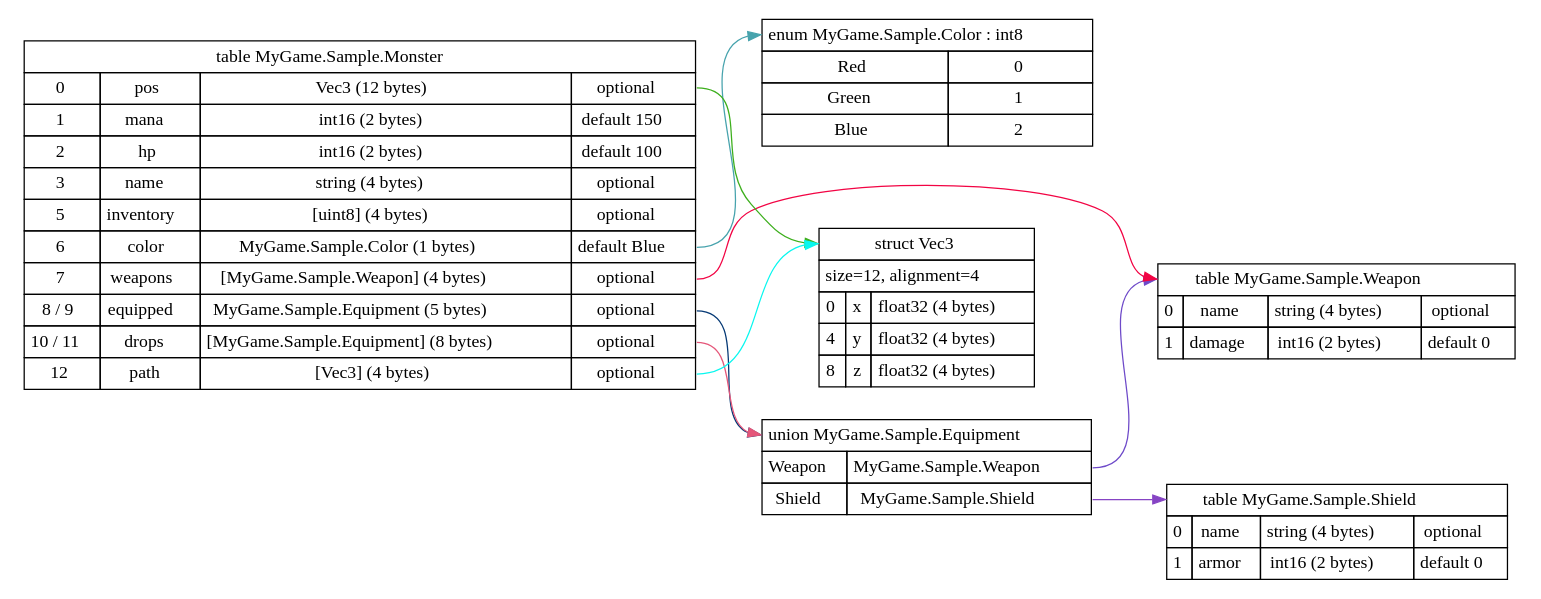
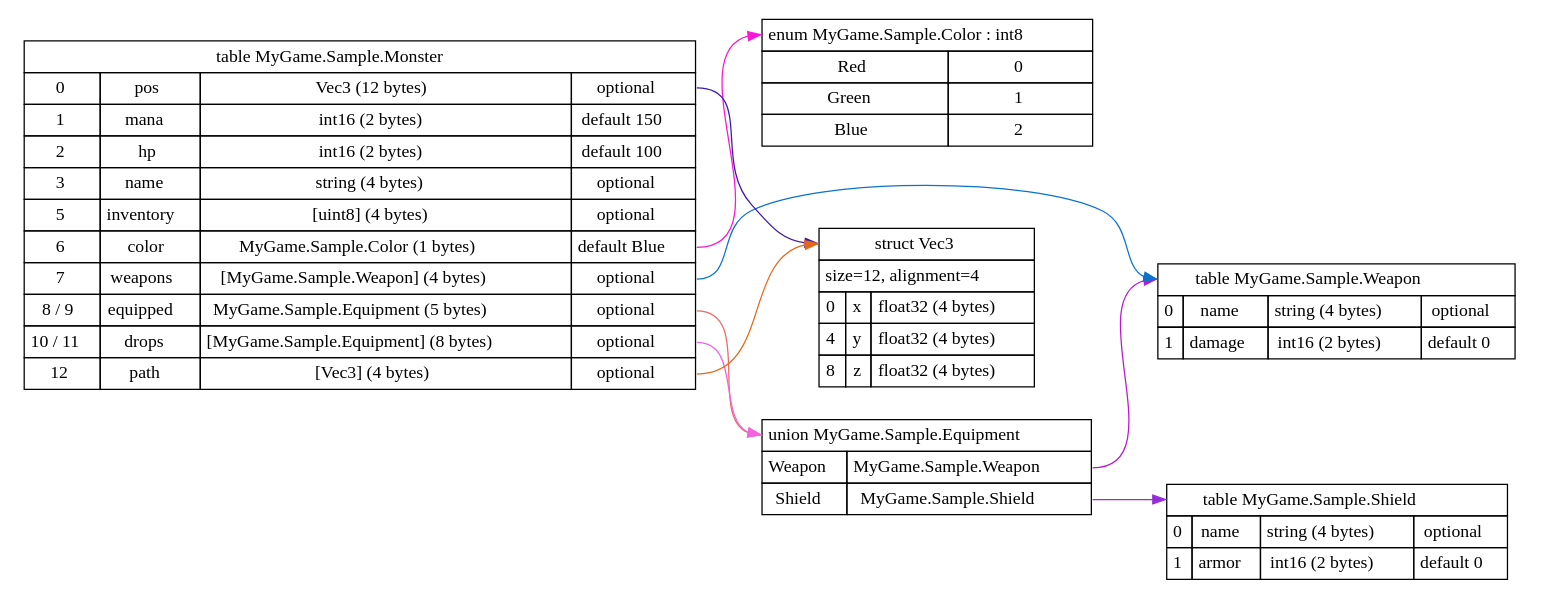
Before and after one commit to planus-org/planus: the diagram in examples/rust/monster.dot, drawn with Graphviz. The commit also changed 4 other files, not shown here.

```diff
--- a/examples/rust/monster.dot
+++ b/examples/rust/monster.dot
@@ -1,180 +1,180 @@
 digraph G
 {
   node[ shape = none ];
   rankdir=LR;
 
   decl0[ label=<
     <TABLE BORDER="0" CELLBORDER="1" CELLSPACING="0" CELLPADDING="4">
       <TR>
         <TD colspan="2" PORT="name">enum MyGame.Sample.Color : int8</TD>
       </TR>
       <TR>
         <TD>Red</TD>
         <TD>0</TD>
       </TR>
       <TR>
         <TD>Green</TD>
         <TD>1</TD>
       </TR>
       <TR>
         <TD>Blue</TD>
         <TD>2</TD>
       </TR>
     </TABLE>>
   ];
 
   decl1[ label=<
     <TABLE BORDER="0" CELLBORDER="1" CELLSPACING="0" CELLPADDING="4">
       <TR>
         <TD colspan="3" PORT="name">union MyGame.Sample.Equipment</TD>
       </TR>
       <TR>
         <TD>Weapon</TD>
         <TD PORT="p0">MyGame.Sample.Weapon</TD>
       </TR>
       <TR>
         <TD>Shield</TD>
         <TD PORT="p1">MyGame.Sample.Shield</TD>
       </TR>
     </TABLE>>
   ];
-  decl1:p0:e -> decl4:name [color = "#6e4ac9"];
-  decl1:p1:e -> decl5:name [color = "#8644c4"];
+  decl1:p0:e -> decl4:name [color = "#b819d1"];
+  decl1:p1:e -> decl5:name [color = "#942dd8"];
 
   decl2[ label=<
     <TABLE BORDER="0" CELLBORDER="1" CELLSPACING="0" CELLPADDING="4">
       <TR>
         <TD colspan="3" PORT="name">struct Vec3</TD>
       </TR>
       <TR>
         <TD colspan="3">size=12, alignment=4</TD>
       </TR>
       <TR>
         <TD>0</TD>
         <TD>x</TD>
         <TD PORT="p0">float32 (4 bytes)</TD>
       </TR>
       <TR>
         <TD>4</TD>
         <TD>y</TD>
         <TD PORT="p1">float32 (4 bytes)</TD>
       </TR>
       <TR>
         <TD>8</TD>
         <TD>z</TD>
         <TD PORT="p2">float32 (4 bytes)</TD>
       </TR>
     </TABLE>>
   ];
 
   decl3[ label=<
     <TABLE BORDER="0" CELLBORDER="1" CELLSPACING="0" CELLPADDING="4">
       <TR>
         <TD colspan="4" PORT="name">table MyGame.Sample.Monster</TD>
       </TR>
       <TR>
         <TD>0</TD>
         <TD>pos</TD>
         <TD>Vec3 (12 bytes)</TD>
         <TD PORT="p0">optional</TD>
       </TR>
       <TR>
         <TD>1</TD>
         <TD>mana</TD>
         <TD>int16 (2 bytes)</TD>
         <TD PORT="p1">default 150</TD>
       </TR>
       <TR>
         <TD>2</TD>
         <TD>hp</TD>
         <TD>int16 (2 bytes)</TD>
         <TD PORT="p2">default 100</TD>
       </TR>
       <TR>
         <TD>3</TD>
         <TD>name</TD>
         <TD>string (4 bytes)</TD>
         <TD PORT="p3">optional</TD>
       </TR>
       <TR>
         <TD>5</TD>
         <TD>inventory</TD>
         <TD>[uint8] (4 bytes)</TD>
         <TD PORT="p4">optional</TD>
       </TR>
       <TR>
         <TD>6</TD>
         <TD>color</TD>
         <TD>MyGame.Sample.Color (1 bytes)</TD>
         <TD PORT="p5">default Blue</TD>
       </TR>
       <TR>
         <TD>7</TD>
         <TD>weapons</TD>
         <TD>[MyGame.Sample.Weapon] (4 bytes)</TD>
         <TD PORT="p6">optional</TD>
       </TR>
       <TR>
         <TD>8 / 9</TD>
         <TD>equipped</TD>
         <TD>MyGame.Sample.Equipment (5 bytes)</TD>
         <TD PORT="p7">optional</TD>
       </TR>
       <TR>
         <TD>10 / 11</TD>
         <TD>drops</TD>
         <TD>[MyGame.Sample.Equipment] (8 bytes)</TD>
         <TD PORT="p8">optional</TD>
       </TR>
       <TR>
         <TD>12</TD>
         <TD>path</TD>
         <TD>[Vec3] (4 bytes)</TD>
         <TD PORT="p9">optional</TD>
       </TR></TABLE>>
   ];
-  decl3:p0:e -> decl2:name [color = "#3daf1d"];
-  decl3:p5:e -> decl0:name [color = "#47a3ad"];
-  decl3:p6:e -> decl4:name [color = "#f20444"];
-  decl3:p7:e -> decl1:name [color = "#053975"];
-  decl3:p8:e -> decl1:name [color = "#e5577a"];
-  decl3:p9:e -> decl2:name [color = "#09f7ef"];
+  decl3:p0:e -> decl2:name [color = "#3b1bad"];
+  decl3:p5:e -> decl0:name [color = "#fc16d6"];
+  decl3:p6:e -> decl4:name [color = "#0c72cc"];
+  decl3:p7:e -> decl1:name [color = "#ed6a61"];
+  decl3:p8:e -> decl1:name [color = "#f263e3"];
+  decl3:p9:e -> decl2:name [color = "#e56719"];
 
   decl4[ label=<
     <TABLE BORDER="0" CELLBORDER="1" CELLSPACING="0" CELLPADDING="4">
       <TR>
         <TD colspan="4" PORT="name">table MyGame.Sample.Weapon</TD>
       </TR>
       <TR>
         <TD>0</TD>
         <TD>name</TD>
         <TD>string (4 bytes)</TD>
         <TD PORT="p0">optional</TD>
       </TR>
       <TR>
         <TD>1</TD>
         <TD>damage</TD>
         <TD>int16 (2 bytes)</TD>
         <TD PORT="p1">default 0</TD>
       </TR></TABLE>>
   ];
 
   decl5[ label=<
     <TABLE BORDER="0" CELLBORDER="1" CELLSPACING="0" CELLPADDING="4">
       <TR>
         <TD colspan="4" PORT="name">table MyGame.Sample.Shield</TD>
       </TR>
       <TR>
         <TD>0</TD>
         <TD>name</TD>
         <TD>string (4 bytes)</TD>
         <TD PORT="p0">optional</TD>
       </TR>
       <TR>
         <TD>1</TD>
         <TD>armor</TD>
         <TD>int16 (2 bytes)</TD>
         <TD PORT="p1">default 0</TD>
       </TR></TABLE>>
   ];
 }
```
